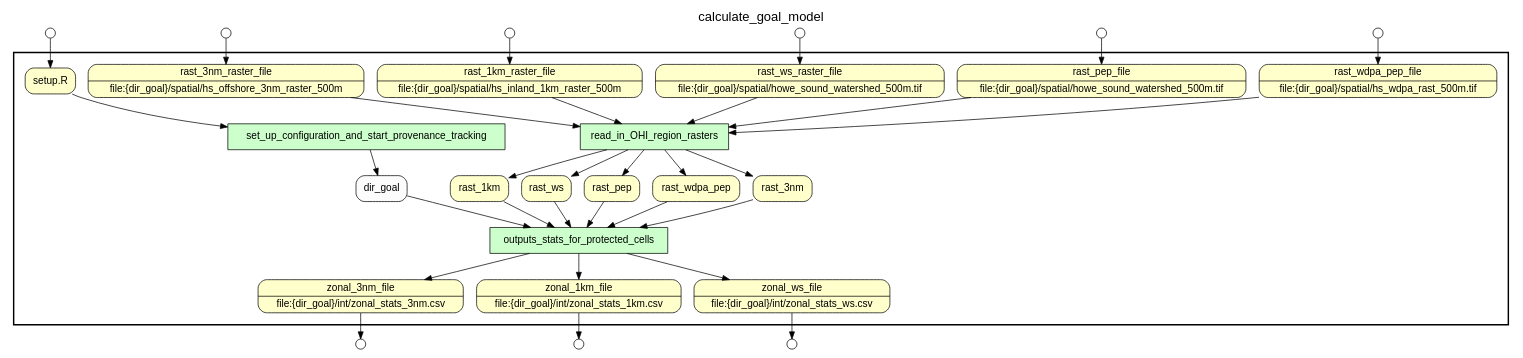
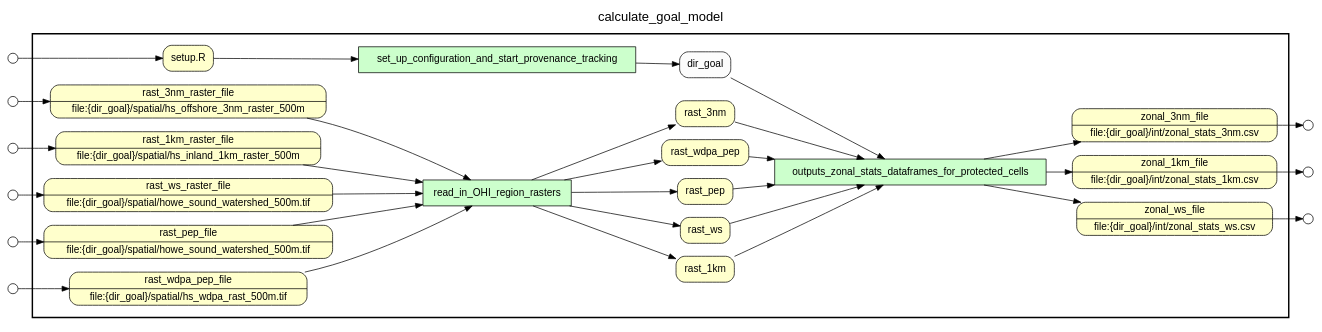
One commit to sycao5/runManager-multipleRuns changed the diagram in examples/OHIBC_Howe_Sound/lsp_zonal_stats.gv. Above: the diagram before and after it, drawn with Graphviz. The commit also changed 7 other files, not shown here.

Commit message:
Add YW graphs for summarize_zonal_stats.R script .

```diff
--- a/examples/OHIBC_Howe_Sound/lsp_zonal_stats.gv
+++ b/examples/OHIBC_Howe_Sound/lsp_zonal_stats.gv
@@ -1,106 +1,106 @@
 
 /* Start of top-level graph */
 digraph Workflow {
-rankdir=TB
+rankdir=LR
 
 /* Title for graph */
 fontname=Helvetica; fontsize=18; labelloc=t
 label=calculate_goal_model
 
 /* Start of double cluster for drawing box around nodes in workflow */
 subgraph cluster_workflow_box_outer { label=""; color=black; penwidth=2
 subgraph cluster_workflow_box_inner { label=""; penwidth=0
 
 /* Style for nodes representing atomic programs in workflow */
 node[shape=box style=filled fillcolor="#CCFFCC" peripheries=1 fontname=Helvetica]
 
 /* Nodes representing atomic programs in workflow */
 set_up_configuration_and_start_provenance_tracking
 read_in_OHI_region_rasters
-outputs_stats_for_protected_cells
+outputs_zonal_stats_dataframes_for_protected_cells
 
 /* Style for nodes representing non-parameter data channels in workflow */
 node[shape=box style="rounded,filled" fillcolor="#FFFFCC" peripheries=1 fontname=Helvetica]
 
 /* Nodes for non-parameter data channels in workflow */
-zonal_3nm_file [shape=record rankdir=LR label="{<f0> zonal_3nm_file |<f1> file\:\{dir_goal\}/int/zonal_stats_3nm.csv}"];
-zonal_1km_file [shape=record rankdir=LR label="{<f0> zonal_1km_file |<f1> file\:\{dir_goal\}/int/zonal_stats_1km.csv}"];
-zonal_ws_file [shape=record rankdir=LR label="{<f0> zonal_ws_file |<f1> file\:\{dir_goal\}/int/zonal_stats_ws.csv}"];
+zonal_3nm_file [shape=record rankdir=LR label="{{<f0> zonal_3nm_file |<f1> file\:\{dir_goal\}/int/zonal_stats_3nm.csv}}"];
+zonal_1km_file [shape=record rankdir=LR label="{{<f0> zonal_1km_file |<f1> file\:\{dir_goal\}/int/zonal_stats_1km.csv}}"];
+zonal_ws_file [shape=record rankdir=LR label="{{<f0> zonal_ws_file |<f1> file\:\{dir_goal\}/int/zonal_stats_ws.csv}}"];
 "setup.R"
-rast_3nm_raster_file [shape=record rankdir=LR label="{<f0> rast_3nm_raster_file |<f1> file\:\{dir_goal\}/spatial/hs_offshore_3nm_raster_500m}"];
-rast_1km_raster_file [shape=record rankdir=LR label="{<f0> rast_1km_raster_file |<f1> file\:\{dir_goal\}/spatial/hs_inland_1km_raster_500m}"];
-rast_ws_raster_file [shape=record rankdir=LR label="{<f0> rast_ws_raster_file |<f1> file\:\{dir_goal\}/spatial/howe_sound_watershed_500m.tif}"];
-rast_pep_file [shape=record rankdir=LR label="{<f0> rast_pep_file |<f1> file\:\{dir_goal\}/spatial/howe_sound_watershed_500m.tif}"];
-rast_wdpa_pep_file [shape=record rankdir=LR label="{<f0> rast_wdpa_pep_file |<f1> file\:\{dir_goal\}/spatial/hs_wdpa_rast_500m.tif}"];
+rast_3nm_raster_file [shape=record rankdir=LR label="{{<f0> rast_3nm_raster_file |<f1> file\:\{dir_goal\}/spatial/hs_offshore_3nm_raster_500m}}"];
+rast_1km_raster_file [shape=record rankdir=LR label="{{<f0> rast_1km_raster_file |<f1> file\:\{dir_goal\}/spatial/hs_inland_1km_raster_500m}}"];
+rast_ws_raster_file [shape=record rankdir=LR label="{{<f0> rast_ws_raster_file |<f1> file\:\{dir_goal\}/spatial/howe_sound_watershed_500m.tif}}"];
+rast_pep_file [shape=record rankdir=LR label="{{<f0> rast_pep_file |<f1> file\:\{dir_goal\}/spatial/howe_sound_watershed_500m.tif}}"];
+rast_wdpa_pep_file [shape=record rankdir=LR label="{{<f0> rast_wdpa_pep_file |<f1> file\:\{dir_goal\}/spatial/hs_wdpa_rast_500m.tif}}"];
 rast_3nm
 rast_1km
 rast_ws
 rast_pep
 rast_wdpa_pep
 
 /* Style for nodes representing parameter channels in workflow */
 node[shape=box style="rounded,filled" fillcolor="#FCFCFC" peripheries=1 fontname=Helvetica]
 
 /* Nodes representing parameter channels in workflow */
 dir_goal
 
 /* Edges representing connections between programs and channels */
 set_up_configuration_and_start_provenance_tracking -> dir_goal
 "setup.R" -> set_up_configuration_and_start_provenance_tracking
 read_in_OHI_region_rasters -> rast_3nm
 read_in_OHI_region_rasters -> rast_1km
 read_in_OHI_region_rasters -> rast_ws
 read_in_OHI_region_rasters -> rast_pep
 read_in_OHI_region_rasters -> rast_wdpa_pep
 rast_3nm_raster_file -> read_in_OHI_region_rasters
 rast_1km_raster_file -> read_in_OHI_region_rasters
 rast_ws_raster_file -> read_in_OHI_region_rasters
 rast_pep_file -> read_in_OHI_region_rasters
 rast_wdpa_pep_file -> read_in_OHI_region_rasters
-outputs_stats_for_protected_cells -> zonal_3nm_file
-outputs_stats_for_protected_cells -> zonal_1km_file
-outputs_stats_for_protected_cells -> zonal_ws_file
-dir_goal -> outputs_stats_for_protected_cells
-rast_3nm -> outputs_stats_for_protected_cells
-rast_1km -> outputs_stats_for_protected_cells
-rast_ws -> outputs_stats_for_protected_cells
-rast_pep -> outputs_stats_for_protected_cells
-rast_wdpa_pep -> outputs_stats_for_protected_cells
+outputs_zonal_stats_dataframes_for_protected_cells -> zonal_3nm_file
+outputs_zonal_stats_dataframes_for_protected_cells -> zonal_1km_file
+outputs_zonal_stats_dataframes_for_protected_cells -> zonal_ws_file
+dir_goal -> outputs_zonal_stats_dataframes_for_protected_cells
+rast_3nm -> outputs_zonal_stats_dataframes_for_protected_cells
+rast_1km -> outputs_zonal_stats_dataframes_for_protected_cells
+rast_ws -> outputs_zonal_stats_dataframes_for_protected_cells
+rast_pep -> outputs_zonal_stats_dataframes_for_protected_cells
+rast_wdpa_pep -> outputs_zonal_stats_dataframes_for_protected_cells
 
 /* End of double cluster for drawing box around nodes in workflow */
 }}
 
 /* Style for nodes representing workflow input ports */
 node[shape=circle style="rounded,filled" fillcolor="#FFFFFF" peripheries=1 fontname=Helvetica width=0.2]
 
 /* Nodes representing workflow input ports */
 "setup.R_input_port" [label=""]
 rast_3nm_raster_file_input_port [label=""]
 rast_1km_raster_file_input_port [label=""]
 rast_ws_raster_file_input_port [label=""]
 rast_pep_file_input_port [label=""]
 rast_wdpa_pep_file_input_port [label=""]
 
 /* Style for nodes representing workflow output ports */
 node[shape=circle style="rounded,filled" fillcolor="#FFFFFF" peripheries=1 fontname=Helvetica width=0.2]
 
 /* Nodes representing workflow output ports */
 zonal_3nm_file_output_port [label=""]
 zonal_1km_file_output_port [label=""]
 zonal_ws_file_output_port [label=""]
 
 /* Edges from input ports to channels */
 "setup.R_input_port" -> "setup.R"
 rast_3nm_raster_file_input_port -> rast_3nm_raster_file
 rast_1km_raster_file_input_port -> rast_1km_raster_file
 rast_ws_raster_file_input_port -> rast_ws_raster_file
 rast_pep_file_input_port -> rast_pep_file
 rast_wdpa_pep_file_input_port -> rast_wdpa_pep_file
 
 /* Edges from channels to output ports */
 zonal_3nm_file -> zonal_3nm_file_output_port
 zonal_1km_file -> zonal_1km_file_output_port
 zonal_ws_file -> zonal_ws_file_output_port
 
 /* End of top-level graph */
 }
```
